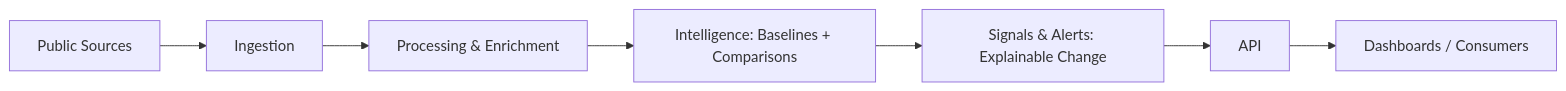
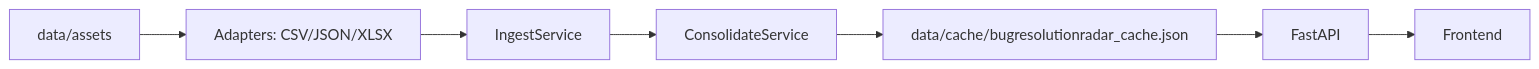
Before and after one commit to felixdelbarrio/Global_Overview_Radar: the first of 4 diagrams in docs/ARCHITECTURE.md, drawn with Mermaid. The commit also changed other lines of this file and 32 other files, not shown here.

````diff
--- a/docs/ARCHITECTURE.md
+++ b/docs/ARCHITECTURE.md
@@ -23,9 +28,9 @@
 ```mermaid
 flowchart LR
-  A[Public Sources] --> B[Ingestion]
-  B --> C[Processing & Enrichment]
-  C --> D[Intelligence: Baselines + Comparisons]
-  D --> E[Signals & Alerts: Explainable Change]
-  E --> F[API]
-  F --> G[Dashboards / Consumers]
+  A[data/assets] --> B[Adapters: CSV/JSON/XLSX]
+  B --> C[IngestService]
+  C --> D[ConsolidateService]
+  D --> E[data/cache/bugresolutionradar_cache.json]
+  E --> F[FastAPI]
+  F --> G[Frontend]
 ```
````
